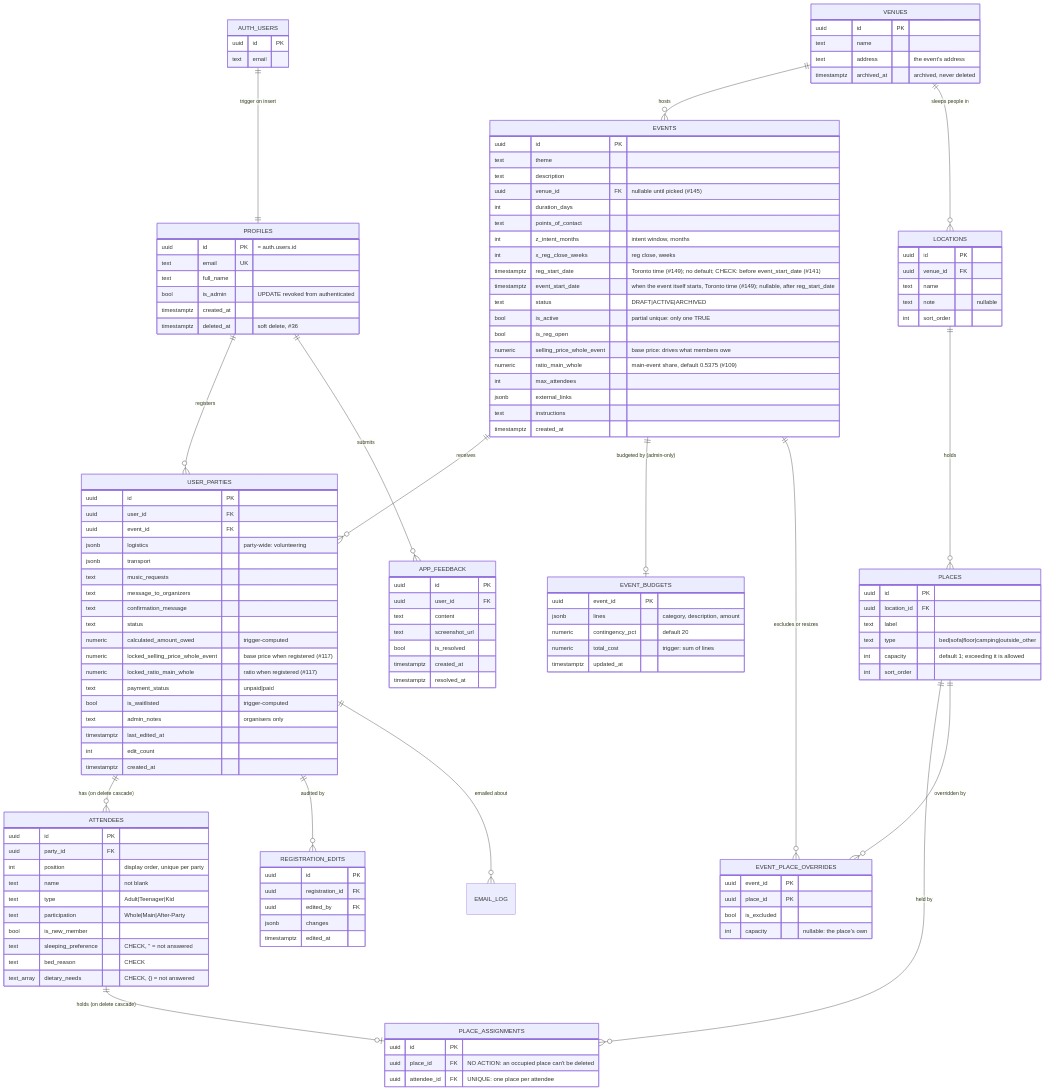
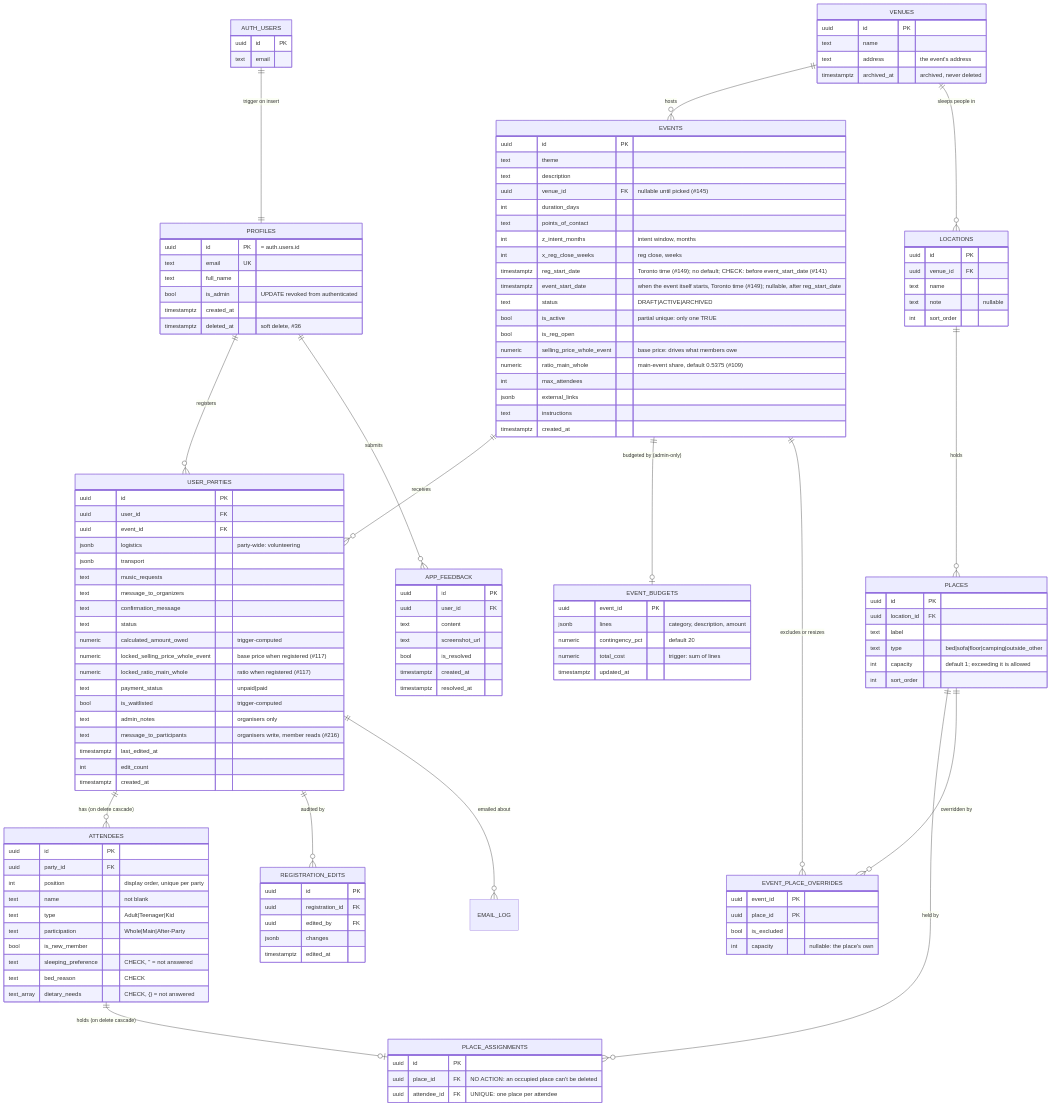
Before and after one commit to YULmix/yulmix-la-bedaine: the first of 2 diagrams in docs/03-data-model.md, drawn with Mermaid. The commit also changed other lines of this file and 20 other files, not shown here.

First line of the commit message:
feat(admin): bed priority and a message to participants (#216) (#234)

```diff
--- a/docs/03-data-model.md
+++ b/docs/03-data-model.md
@@ -81,6 +81,7 @@
     text payment_status "unpaid|paid"
     bool is_waitlisted "trigger-computed"
     text admin_notes "organisers only"
+    text message_to_participants "organisers write, member reads (#216)"
     timestamptz last_edited_at
     int edit_count
     timestamptz created_at
```
